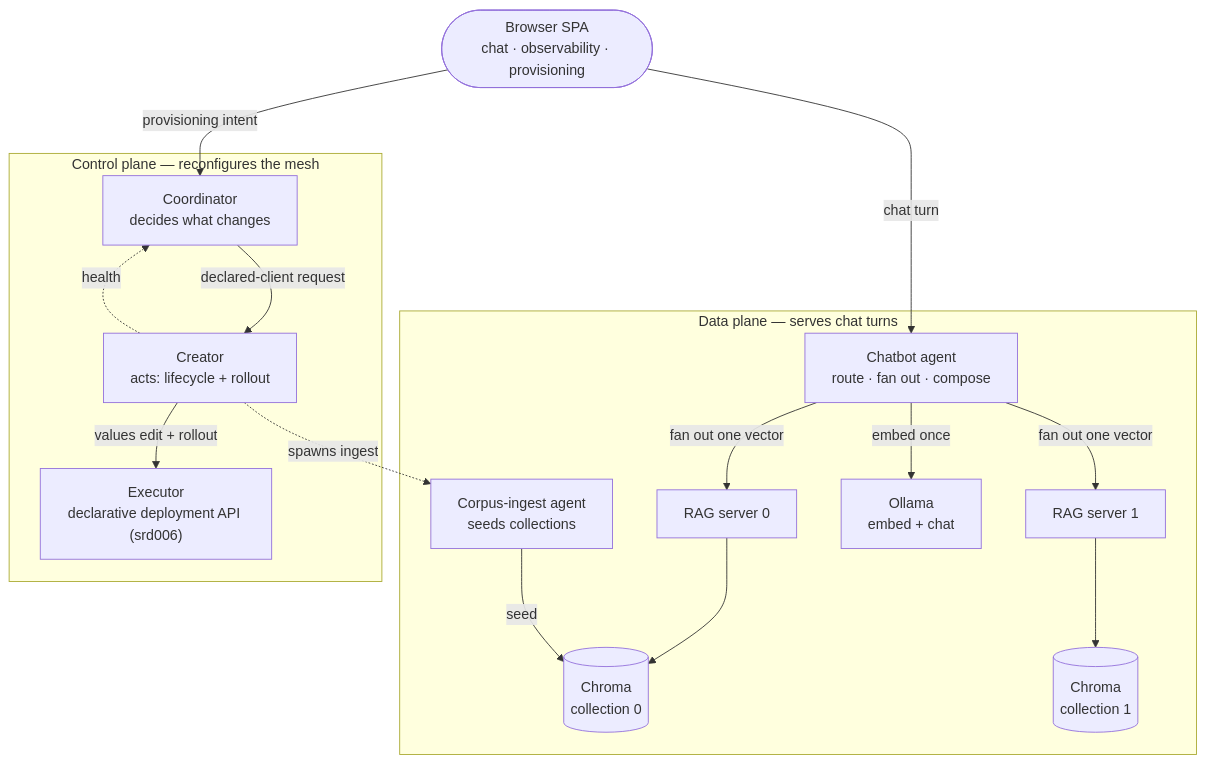
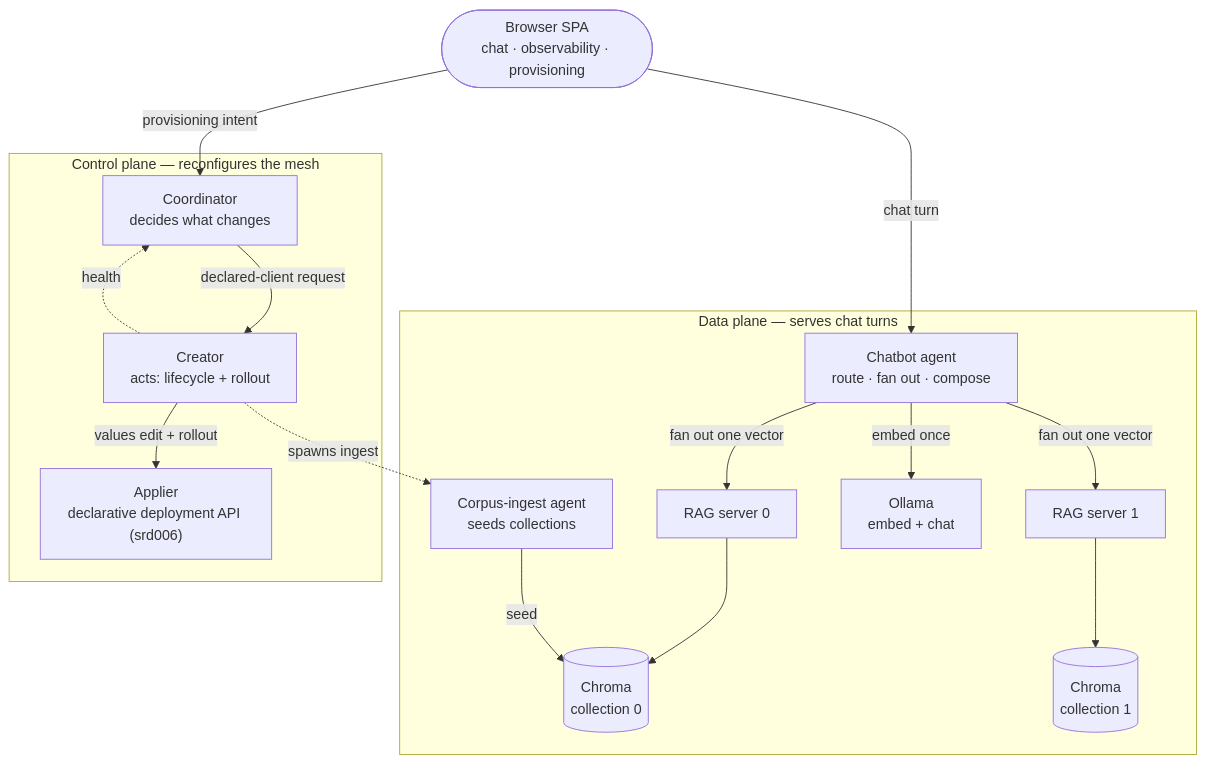
One commit to Acharya320/declarative-agents changed the first of 4 diagrams in examples/chatbot-mesh/docs/how-it-works.md. Above: the diagram before and after it, drawn with Mermaid. The commit also changed other lines of this file and 81 other files, not shown here.

First line of the commit message:
Rename mesh rollout executor to applier (srd006-applier) (GH-844)

````diff
--- a/examples/chatbot-mesh/docs/how-it-works.md
+++ b/examples/chatbot-mesh/docs/how-it-works.md
@@ -20,33 +20,33 @@
 ```mermaid
 flowchart TB
   User(["Browser SPA<br/>chat · observability · provisioning"])
 
   subgraph DP["Data plane — serves chat turns"]
     CB["Chatbot agent<br/>route · fan out · compose"]
     R0["RAG server 0"]
     R1["RAG server 1"]
     CH0[("Chroma<br/>collection 0")]
     CH1[("Chroma<br/>collection 1")]
     OLL["Ollama<br/>embed + chat"]
     ING["Corpus-ingest agent<br/>seeds collections"]
   end
 
   subgraph CP["Control plane — reconfigures the mesh"]
     CO["Coordinator<br/>decides what changes"]
     CR["Creator<br/>acts: lifecycle + rollout"]
-    EX["Executor<br/>declarative deployment API (srd006)"]
+    EX["Applier<br/>declarative deployment API (srd006)"]
   end
 
   User -->|chat turn| CB
   User -->|provisioning intent| CO
 
   CB -->|embed once| OLL
   CB -->|fan out one vector| R0 --> CH0
   CB -->|fan out one vector| R1 --> CH1
   ING -->|seed| CH0
 
   CO -->|declared-client request| CR
   CR -->|values edit + rollout| EX
   CR -.->|spawns ingest| ING
   CR -.->|health| CO
 ```
````
